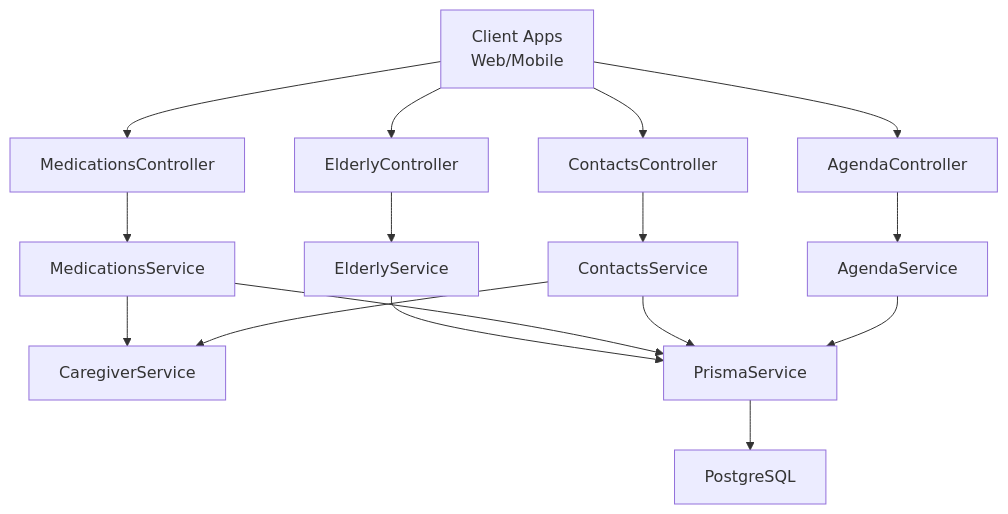
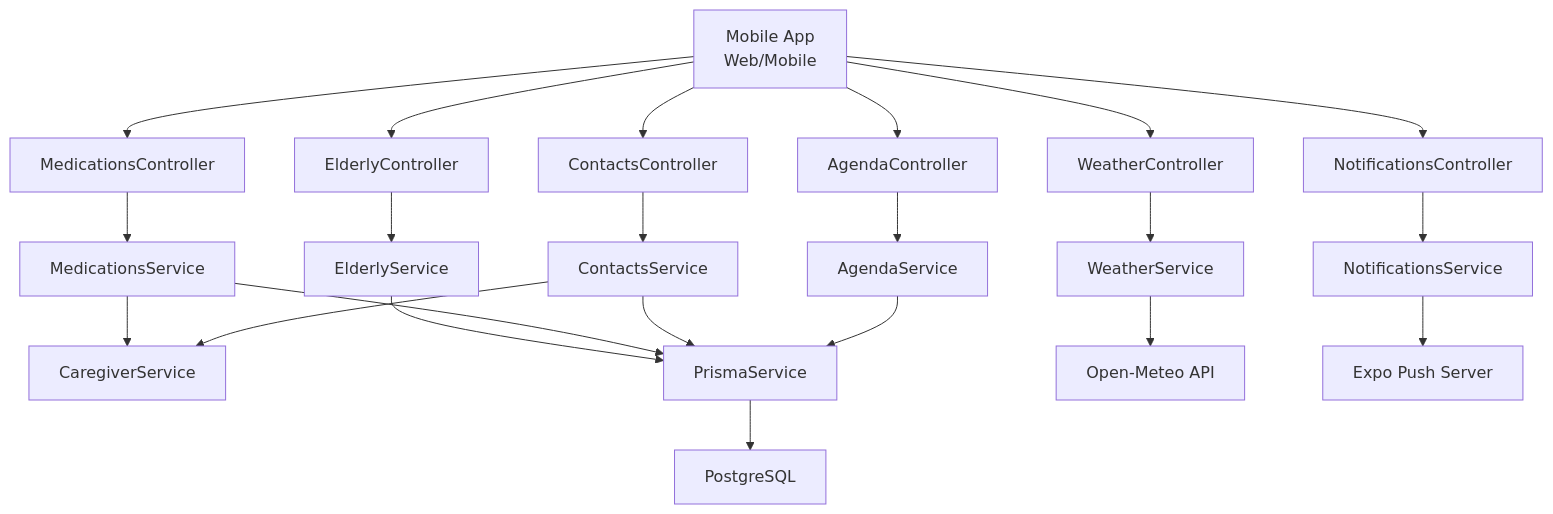
Before and after one commit to jairosouza67/99-Pai: the second of 11 diagrams in .qoder/repowiki/en/content/Elderly Care Management.md, drawn with Mermaid. The commit also changed other lines of this file and 17 other files, not shown here.

````diff
--- a/.qoder/repowiki/en/content/Elderly Care Management.md
+++ b/.qoder/repowiki/en/content/Elderly Care Management.md
@@ -124,30 +177,42 @@
 ```mermaid
 graph TB
-CLIENT["Client Apps<br/>Web/Mobile"]
+CLIENT["Mobile App<br/>Web/Mobile"]
 CTRL_E["ElderlyController"]
 CTRL_M["MedicationsController"]
 CTRL_C["ContactsController"]
 CTRL_A["AgendaController"]
+CTRL_W["WeatherController"]
+CTRL_N["NotificationsController"]
 SVC_E["ElderlyService"]
 SVC_M["MedicationsService"]
 SVC_C["ContactsService"]
 SVC_A["AgendaService"]
+SVC_W["WeatherService"]
+SVC_N["NotificationsService"]
 SVC_G["CaregiverService"]
 PRISMA["PrismaService"]
 DB["PostgreSQL"]
+WEATHER_API["Open-Meteo API"]
+PUSH_SERVER["Expo Push Server"]
 CLIENT --> CTRL_E
 CLIENT --> CTRL_M
 CLIENT --> CTRL_C
 CLIENT --> CTRL_A
+CLIENT --> CTRL_W
+CLIENT --> CTRL_N
 CTRL_E --> SVC_E
 CTRL_M --> SVC_M
 CTRL_C --> SVC_C
 CTRL_A --> SVC_A
+CTRL_W --> SVC_W
+CTRL_N --> SVC_N
 SVC_M --> SVC_G
 SVC_C --> SVC_G
 SVC_E --> PRISMA
 SVC_M --> PRISMA
 SVC_C --> PRISMA
 SVC_A --> PRISMA
+SVC_W --> WEATHER_API
+SVC_N --> PUSH_SERVER
 PRISMA --> DB
 ```
````
